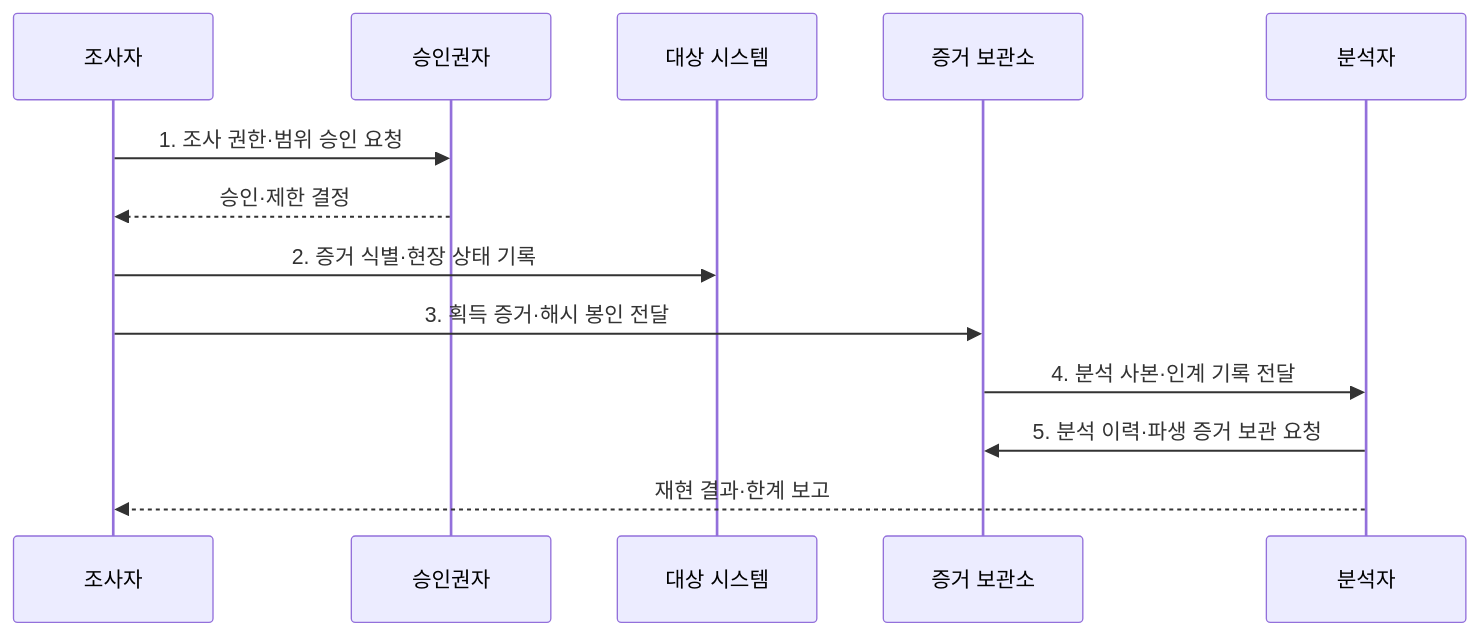
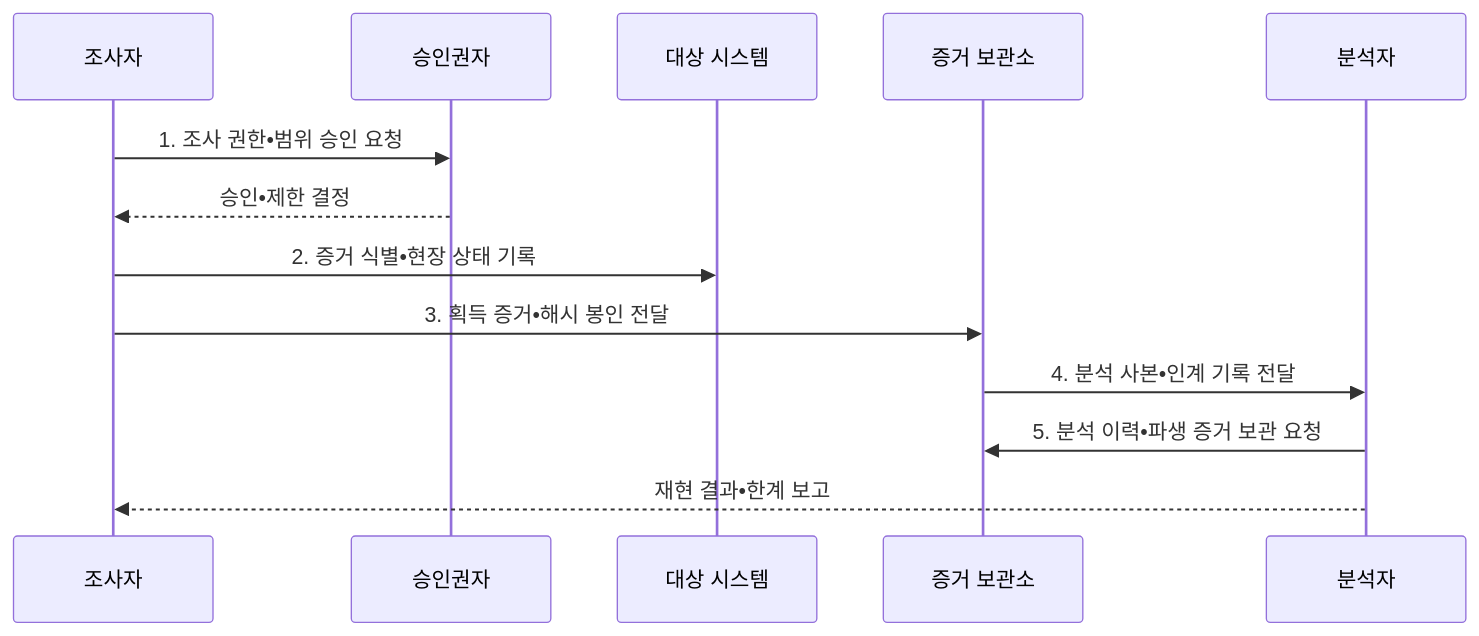
Before and after one commit to agnusdei1207/knowledge-base: the second of 2 diagrams in src/content/docs/notes/05-security/114_digital_forensics.md, drawn with Mermaid. The commit also changed other lines of this file and 953 other files, not shown here.

````diff
--- a/src/content/docs/notes/05-security/114_digital_forensics.md
+++ b/src/content/docs/notes/05-security/114_digital_forensics.md
@@ -98,15 +98,15 @@
 ```mermaid
 sequenceDiagram
   participant I as 조사자
   participant A as 승인권자
   participant T as 대상 시스템
   participant R as 증거 보관소
   participant N as 분석자
-  I->>A: 1. 조사 권한·범위 승인 요청
-  A-->>I: 승인·제한 결정
-  I->>T: 2. 증거 식별·현장 상태 기록
-  I->>R: 3. 획득 증거·해시 봉인 전달
-  R->>N: 4. 분석 사본·인계 기록 전달
-  N->>R: 5. 분석 이력·파생 증거 보관 요청
-  N-->>I: 재현 결과·한계 보고
+  I->>A: 1. 조사 권한•범위 승인 요청
+  A-->>I: 승인•제한 결정
+  I->>T: 2. 증거 식별•현장 상태 기록
+  I->>R: 3. 획득 증거•해시 봉인 전달
+  R->>N: 4. 분석 사본•인계 기록 전달
+  N->>R: 5. 분석 이력•파생 증거 보관 요청
+  N-->>I: 재현 결과•한계 보고
 ```
````
